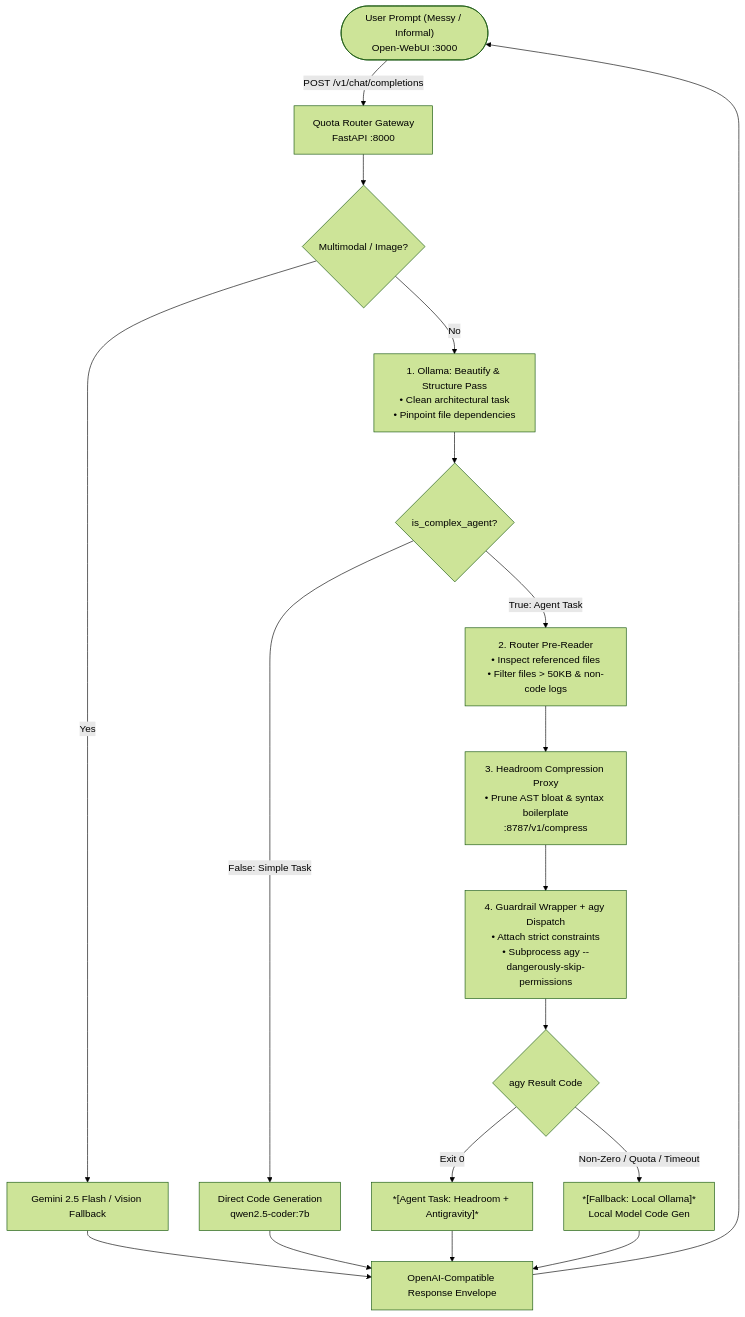
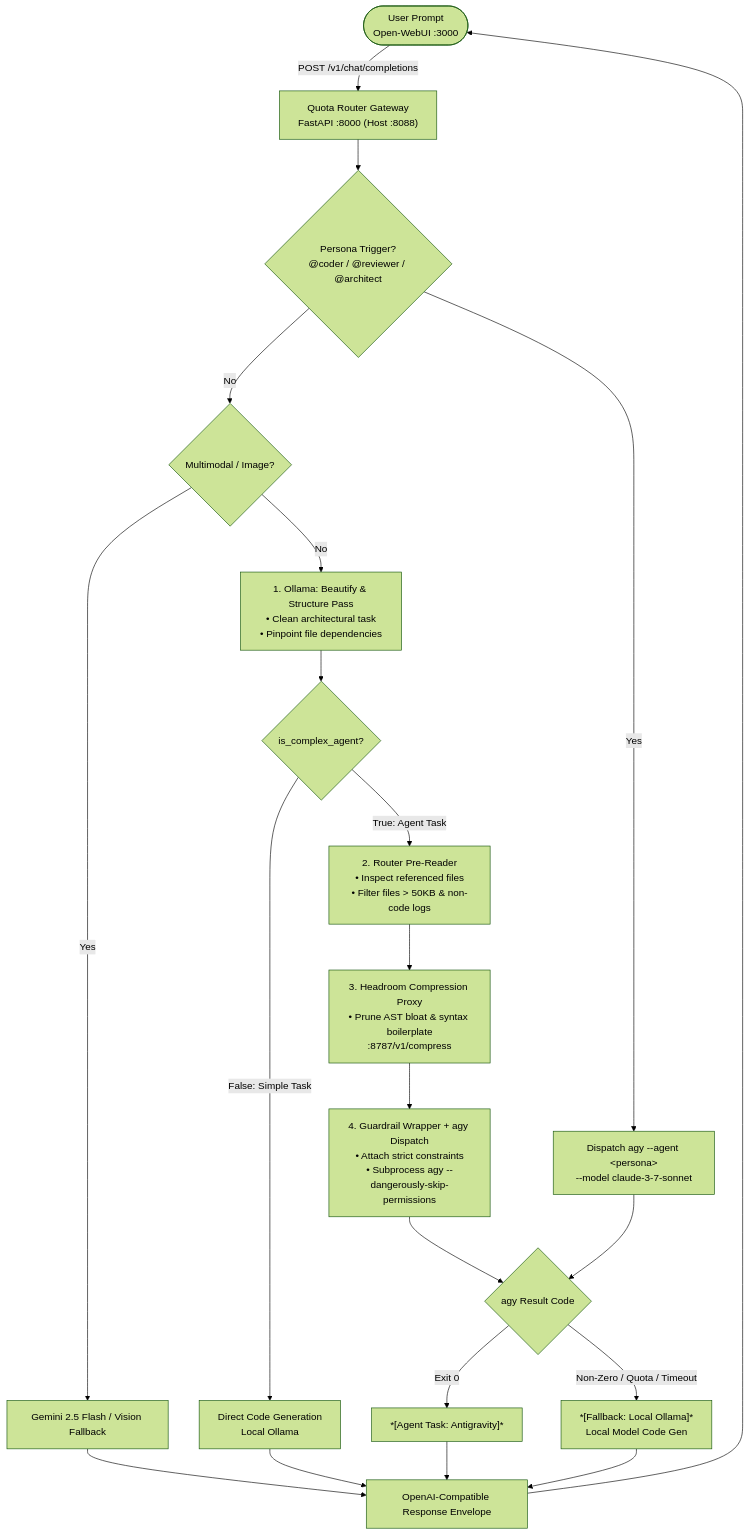
One commit to YHDF/ai-compression-stack changed the diagram in README.md. Above: the diagram before and after it, drawn with Mermaid (forest theme). The commit also changed other lines of this file and 7 other files, not shown here.

Commit message:
feat: multi-agent personas (coder, reviewer, architect), Headroom proxy routing, and Open WebUI integration

````diff
--- a/README.md
+++ b/README.md
@@ -41,29 +47,34 @@
 ```mermaid
 flowchart TD
-    Client(["User Prompt (Messy / Informal)<br>Open-WebUI :3000"]) -->|POST /v1/chat/completions| Router["Quota Router Gateway<br>FastAPI :8000"]
+    Client(["User Prompt<br>Open-WebUI :3000"]) -->|POST /v1/chat/completions| Router["Quota Router Gateway<br>FastAPI :8000 (Host :8088)"]
 
-    Router --> CheckVision{"Multimodal / Image?"}
+    Router --> CheckPersona{"Persona Trigger?<br>@coder / @reviewer / @architect"}
+    CheckPersona -->|Yes| DispatchPersona["Dispatch agy --agent &lt;persona&gt;<br>--model claude-3-7-sonnet"]
+
+    CheckPersona -->|No| CheckVision{"Multimodal / Image?"}
     CheckVision -->|Yes| GeminiVision["Gemini 2.5 Flash / Vision Fallback"]
 
     CheckVision -->|No| OllamaPass["1. Ollama: Beautify & Structure Pass<br>• Clean architectural task<br>• Pinpoint file dependencies"]
     
     OllamaPass --> Classify{"is_complex_agent?"}
 
-    Classify -->|False: Simple Task| SimpleOllama["Direct Code Generation<br>qwen2.5-coder:7b"]
+    Classify -->|False: Simple Task| SimpleOllama["Direct Code Generation<br>Local Ollama"]
 
     Classify -->|True: Agent Task| PreReader["2. Router Pre-Reader<br>• Inspect referenced files<br>• Filter files > 50KB & non-code logs"]
 
     PreReader --> Headroom["3. Headroom Compression Proxy<br>• Prune AST bloat & syntax boilerplate<br>:8787/v1/compress"]
 
     Headroom --> Guardrails["4. Guardrail Wrapper + agy Dispatch<br>• Attach strict constraints<br>• Subprocess agy --dangerously-skip-permissions"]
 
     Guardrails --> CheckStatus{"agy Result Code"}
-    CheckStatus -->|Exit 0| AgentSuccess["*[Agent Task: Headroom + Antigravity]*"]
+    DispatchPersona --> CheckStatus
+
+    CheckStatus -->|Exit 0| AgentSuccess["*[Agent Task: Antigravity]*"]
     CheckStatus -->|Non-Zero / Quota / Timeout| FallbackOllama["*[Fallback: Local Ollama]*<br>Local Model Code Gen"]
 
     GeminiVision --> Envelope["OpenAI-Compatible Response Envelope"]
     SimpleOllama --> Envelope
     AgentSuccess --> Envelope
     FallbackOllama --> Envelope
     Envelope --> Client
 ```
````
